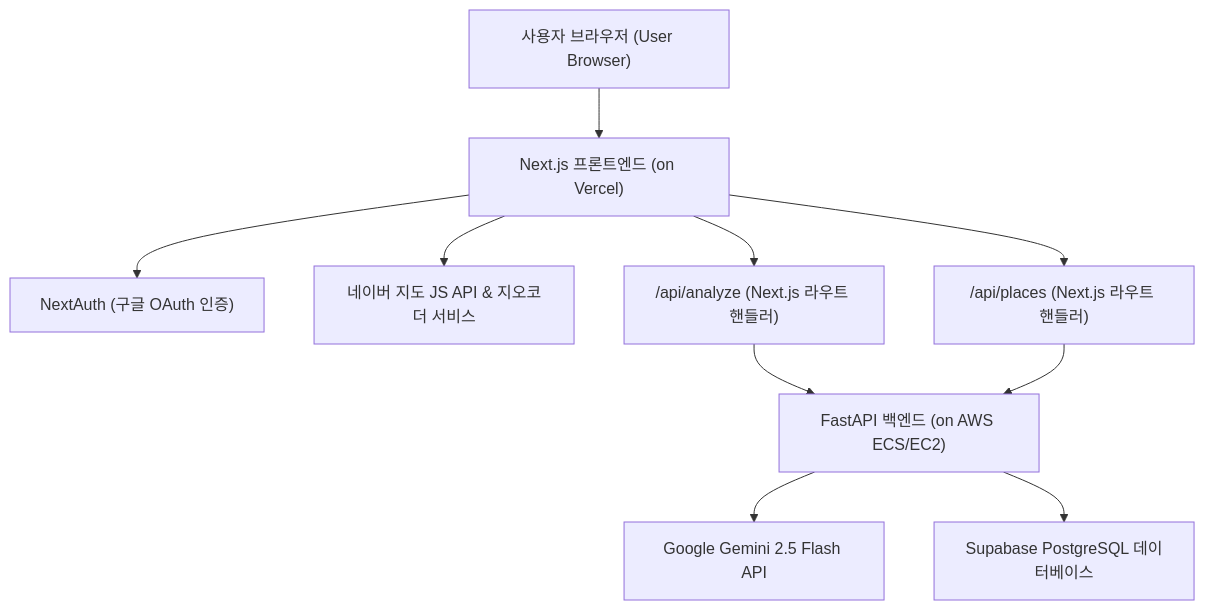
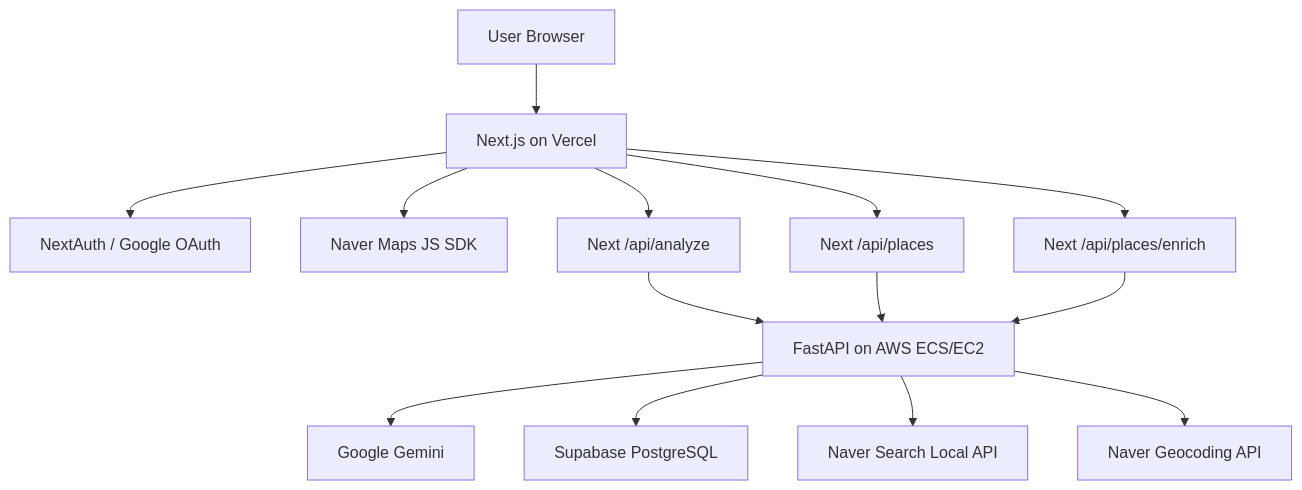
The second of 2 diagrams in README.md (BapSangE/sple), drawn with Mermaid before and after one commit. The commit also changed other lines of this file, not shown here.

````diff
--- a/README.md
+++ b/README.md
@@ -120,15 +102,18 @@
 ```mermaid
 flowchart TD
-  User["사용자 브라우저 (User Browser)"] --> Frontend["Next.js 프론트엔드 (on Vercel)"]
+  User["User Browser"] --> Frontend["Next.js on Vercel"]
+  Frontend --> Auth["NextAuth / Google OAuth"]
+  Frontend --> NaverMap["Naver Maps JS SDK"]
+  Frontend --> AnalyzeRoute["Next /api/analyze"]
+  Frontend --> PlacesRoute["Next /api/places"]
+  Frontend --> EnrichRoute["Next /api/places/enrich"]
 
-  Frontend --> Auth["NextAuth (구글 OAuth 인증)"]
-  Frontend --> Naver["네이버 지도 JS API & 지오코더 서비스"]
-  Frontend --> AnalyzeRoute["/api/analyze (Next.js 라우트 핸들러)"]
-  Frontend --> PlacesRoute["/api/places (Next.js 라우트 핸들러)"]
+  AnalyzeRoute --> Backend["FastAPI on AWS ECS/EC2"]
+  PlacesRoute --> Backend
+  EnrichRoute --> Backend
 
-  AnalyzeRoute --> Backend["FastAPI 백엔드 (on AWS ECS/EC2)"]
-  PlacesRoute --> Backend
-
-  Backend --> Gemini["Google Gemini 2.5 Flash API"]
-  Backend --> DB["Supabase PostgreSQL 데이터베이스"]
+  Backend --> Gemini["Google Gemini"]
+  Backend --> DB["Supabase PostgreSQL"]
+  Backend --> NaverSearch["Naver Search Local API"]
+  Backend --> NaverGeocode["Naver Geocoding API"]
 ```
````
